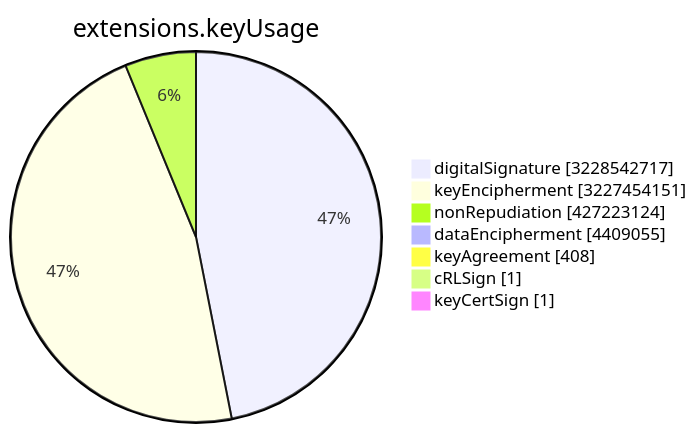
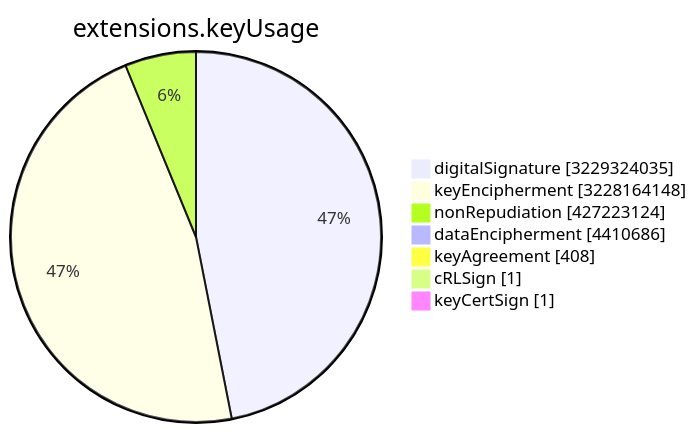
One commit to christiankrug/ctmonitor_visualization changed the sixth of 15 diagrams in TOTAL/README.md. Above: the diagram before and after it, drawn with Mermaid. The commit also changed other lines of this file, not shown here.

````diff
--- a/TOTAL/README.md
+++ b/TOTAL/README.md
@@ -3077,11 +3077,11 @@
 ```mermaid
 pie showData
 title extensions.keyUsage
-"digitalSignature" :3228542717
-"keyEncipherment" :3227454151
+"digitalSignature" :3229324035
+"keyEncipherment" :3228164148
 "nonRepudiation" :427223124
-"dataEncipherment" :4409055
+"dataEncipherment" :4410686
 "keyAgreement" :408
 "cRLSign" :1
 "keyCertSign" :1
 ```
````
